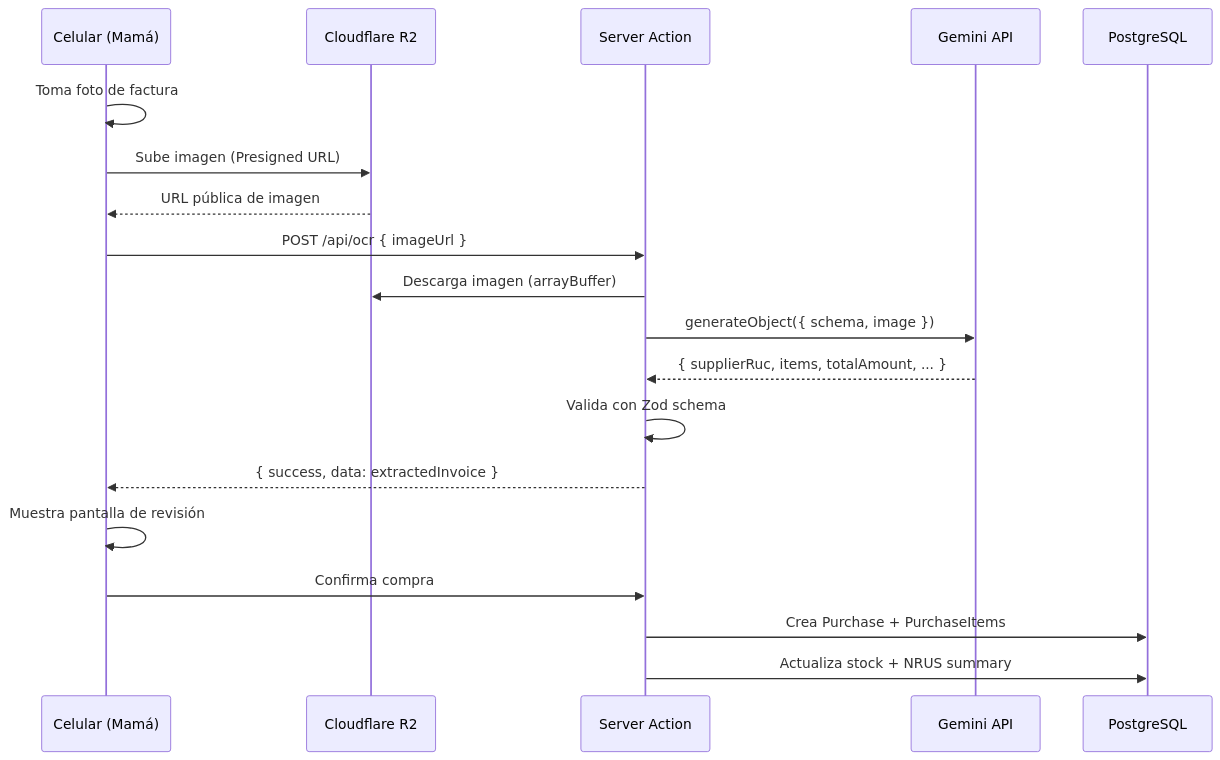
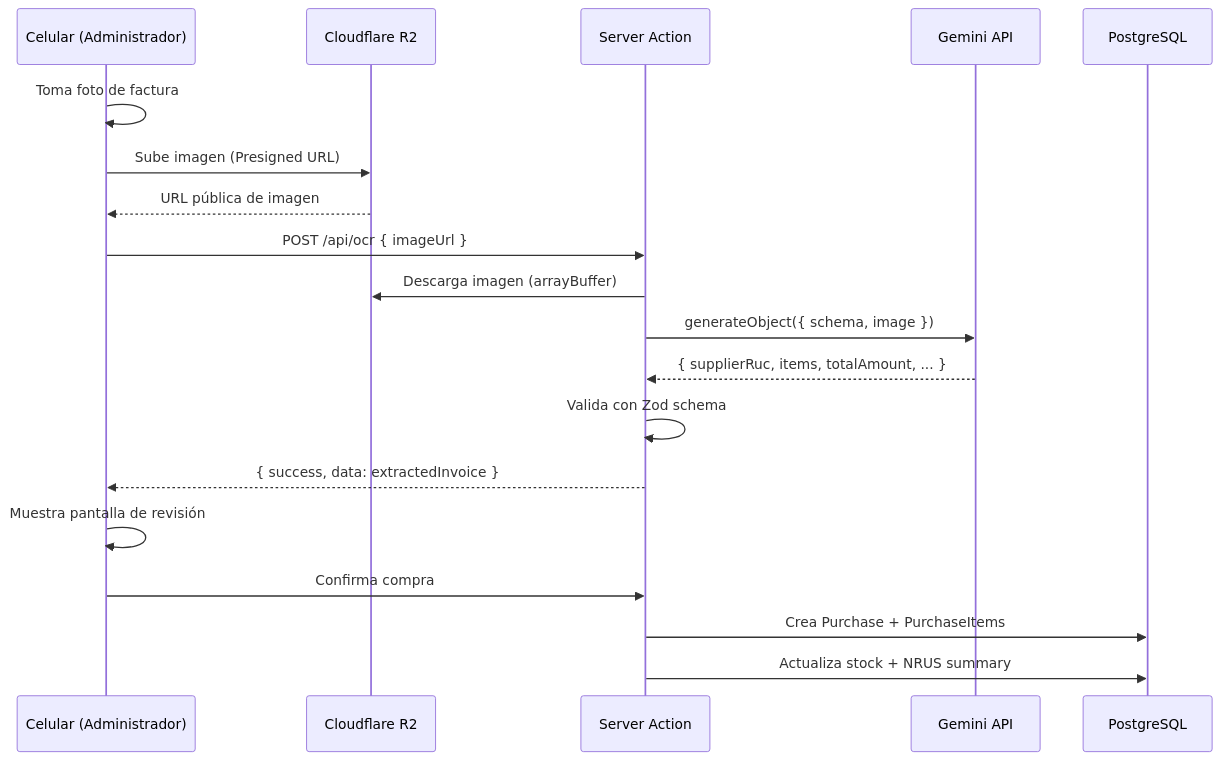
One commit to pcrisho/caja-rus changed the diagram in docs/06-ai-ocr.md. Above: the diagram before and after it, drawn with Mermaid. The commit also changed 26 other files, not shown here.

````diff
--- a/docs/06-ai-ocr.md
+++ b/docs/06-ai-ocr.md
@@ -7,25 +7,25 @@
 ```mermaid
 sequenceDiagram
-    participant Cel as Celular (Mamá)
+    participant Cel as Celular (Administrador)
     participant R2 as Cloudflare R2
     participant SA as Server Action
     participant AI as Gemini API
     participant DB as PostgreSQL
 
     Cel->>Cel: Toma foto de factura
     Cel->>R2: Sube imagen (Presigned URL)
     R2-->>Cel: URL pública de imagen
     Cel->>SA: POST /api/ocr { imageUrl }
 
     SA->>R2: Descarga imagen (arrayBuffer)
     SA->>AI: generateObject({ schema, image })
     AI-->>SA: { supplierRuc, items, totalAmount, ... }
 
     SA->>SA: Valida con Zod schema
     SA-->>Cel: { success, data: extractedInvoice }
 
     Cel->>Cel: Muestra pantalla de revisión
     Cel->>SA: Confirma compra
     SA->>DB: Crea Purchase + PurchaseItems
     SA->>DB: Actualiza stock + NRUS summary
 ```
````
